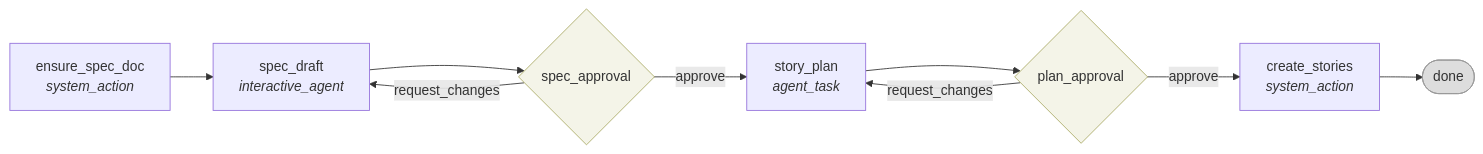
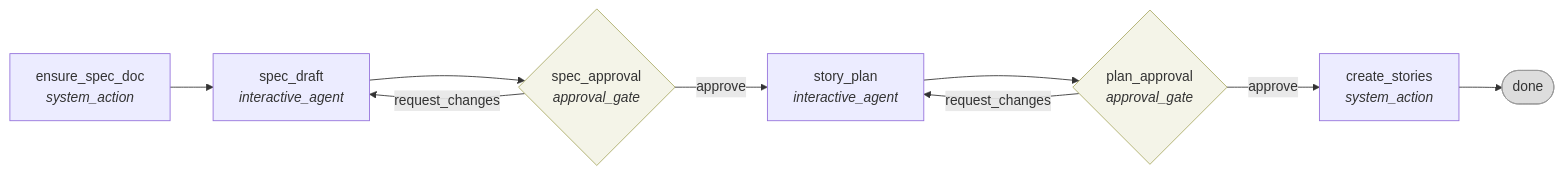
The fourth of 11 diagrams in docs/AUTOMATION_AND_AGENT_ARCHITECTURE.md (helpin-ai/helpin), drawn with Mermaid before and after one commit. The commit also changed other lines of this file and 74 other files, not shown here.

Commit message:
feat: move over to generic flows

````diff
--- a/docs/AUTOMATION_AND_AGENT_ARCHITECTURE.md
+++ b/docs/AUTOMATION_AND_AGENT_ARCHITECTURE.md
@@ -390,15 +390,15 @@
 ```mermaid
 flowchart LR
     A["ensure_spec_doc<br/><i>system_action</i>"] --> B["spec_draft<br/><i>interactive_agent</i>"]
-    B --> C{"spec_approval"}
-    C -->|"approve"| D["story_plan<br/><i>agent_task</i>"]
+    B --> C{"spec_approval<br/><i>approval_gate</i>"}
+    C -->|"approve"| D["story_plan<br/><i>interactive_agent</i>"]
     C -->|"request_changes"| B
-    D --> E{"plan_approval"}
+    D --> E{"plan_approval<br/><i>approval_gate</i>"}
     E -->|"approve"| F["create_stories<br/><i>system_action</i>"]
     E -->|"request_changes"| D
     F --> G(["done"])
 
     style C fill:#f4f4e8,stroke:#aa6
     style E fill:#f4f4e8,stroke:#aa6
     style G fill:#ddd,stroke:#999
 ```
````
